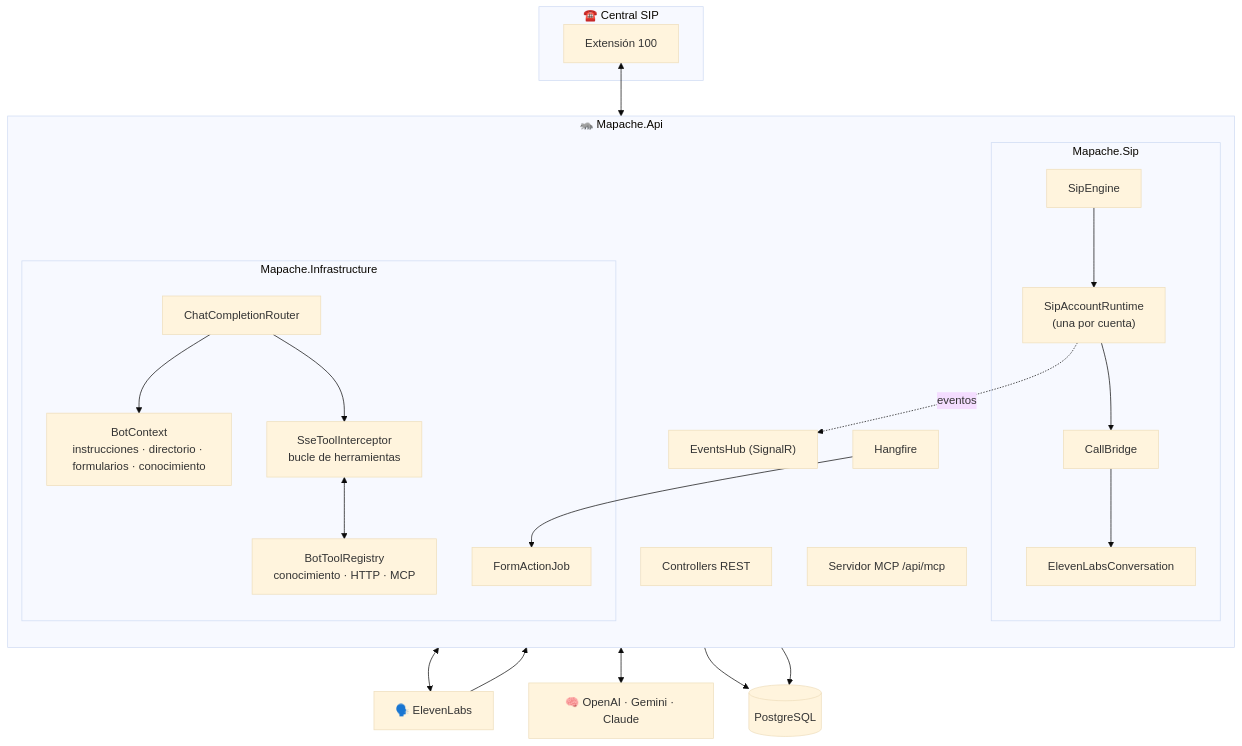
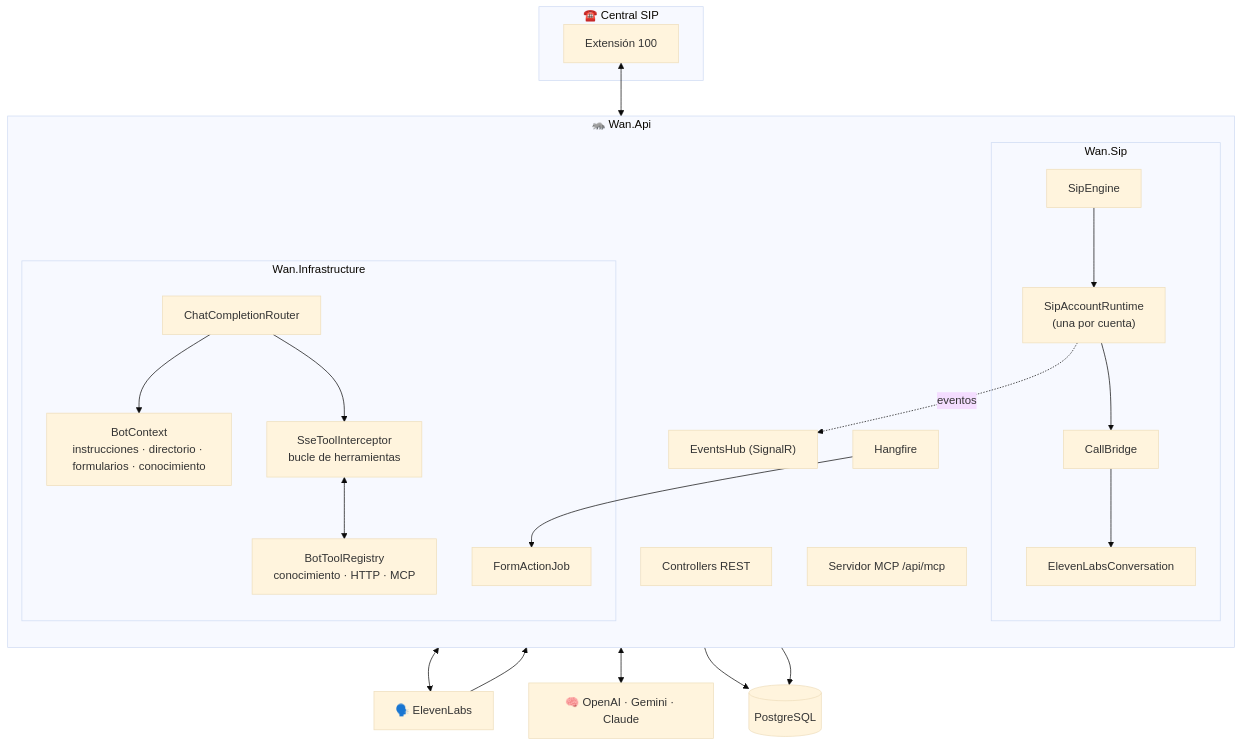
Before and after one commit to stevengazo/Wan-API: the first of 3 diagrams in docs/arquitectura.md, drawn with Mermaid (base theme). The commit also changed other lines of this file and 218 other files, not shown here.

````diff
--- a/docs/arquitectura.md
+++ b/docs/arquitectura.md
@@ -13,42 +13,42 @@
 ```mermaid
 flowchart TB
     subgraph PBX["☎️ Central SIP"]
         EXT["Extensión 100"]
     end
 
-    subgraph API["🦝 Mapache.Api"]
+    subgraph API["🦝 Wan.Api"]
         direction TB
-        subgraph SIPE["Mapache.Sip"]
+        subgraph SIPE["Wan.Sip"]
             ENG["SipEngine"] --> RT["SipAccountRuntime<br/>(una por cuenta)"]
             RT --> BR["CallBridge"]
             BR --> ELC["ElevenLabsConversation"]
         end
-        subgraph INF["Mapache.Infrastructure"]
+        subgraph INF["Wan.Infrastructure"]
             ROUTER["ChatCompletionRouter"]
             CTX["BotContext<br/>instrucciones · directorio · formularios · conocimiento"]
             LOOP["SseToolInterceptor<br/>bucle de herramientas"]
             REG["BotToolRegistry<br/>conocimiento · HTTP · MCP"]
             ACT["FormActionJob"]
         end
         CTRL["Controllers REST"]
         HUB["EventsHub (SignalR)"]
         MCPS["Servidor MCP /api/mcp"]
         HF["Hangfire"]
     end
 
     EL["🗣️ ElevenLabs"]
     LLM["🧠 OpenAI · Gemini · Claude"]
     DB[("PostgreSQL")]
 
     EXT <--> RT
     ELC <--> EL
     EL --> ROUTER
     ROUTER --> CTX
     ROUTER --> LOOP
     LOOP <--> REG
     ROUTER <--> LLM
     HF --> ACT
     CTRL --> DB
     INF --> DB
     RT -. eventos .-> HUB
 ```
````
